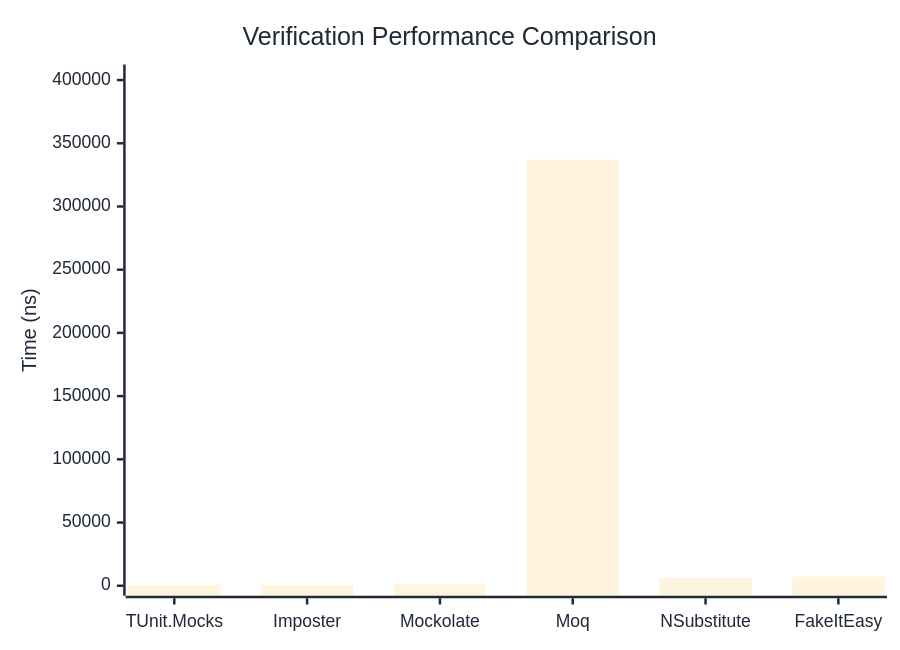
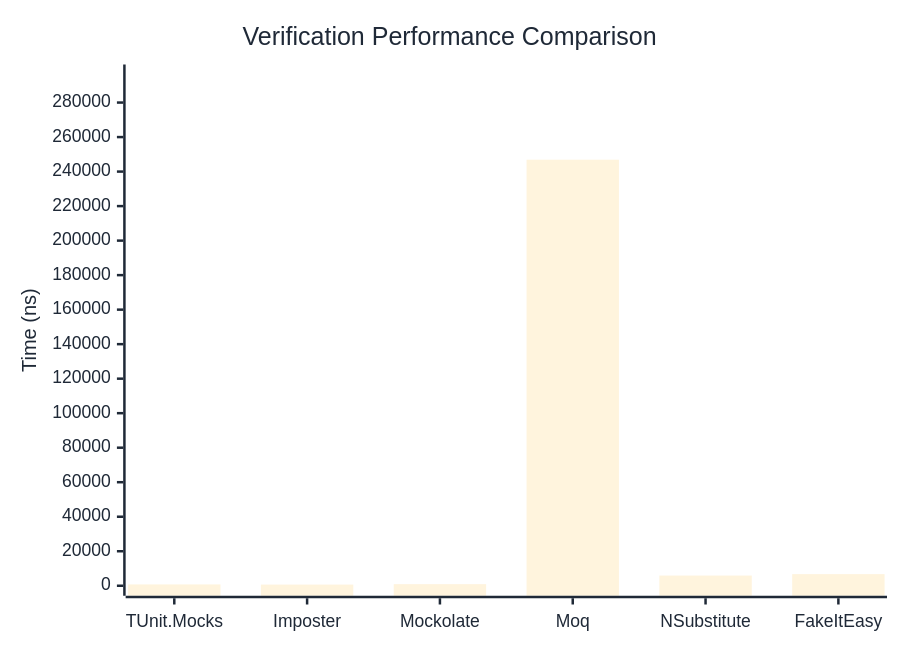
The first of 3 diagrams in docs/docs/benchmarks/mocks/Verification.md (thomhurst/TUnit), drawn with Mermaid before and after one commit. The commit also changed other lines of this file and 14 other files, not shown here.

````diff
--- a/docs/docs/benchmarks/mocks/Verification.md
+++ b/docs/docs/benchmarks/mocks/Verification.md
@@ -28,27 +28,27 @@
 ```mermaid
 %%{init: {
   'theme':'base',
   'themeVariables': {
     'primaryColor': '#2563eb',
     'primaryTextColor': '#1f2937',
     'primaryBorderColor': '#1e40af',
     'lineColor': '#6b7280',
     'secondaryColor': '#7c3aed',
     'tertiaryColor': '#dc2626',
     'background': '#ffffff',
     'pie1': '#2563eb',
     'pie2': '#7c3aed',
     'pie3': '#dc2626',
     'pie4': '#f59e0b',
     'pie5': '#10b981',
     'pie6': '#06b6d4',
     'pie7': '#ec4899',
     'pie8': '#6366f1'
   }
 }}%%
 xychart-beta
   title "Verification Performance Comparison"
   x-axis ["TUnit.Mocks", "Imposter", "Mockolate", "Moq", "NSubstitute", "FakeItEasy"]
-  y-axis "Time (ns)" 0 --> 404404
-  bar [746.63, 703.66, 920.04, 337002.91, 6176.36, 7196.42]
+  y-axis "Time (ns)" 0 --> 296262
+  bar [767.48, 677.31, 916.33, 246884.95, 5913.41, 6730.82]
 ```
````
